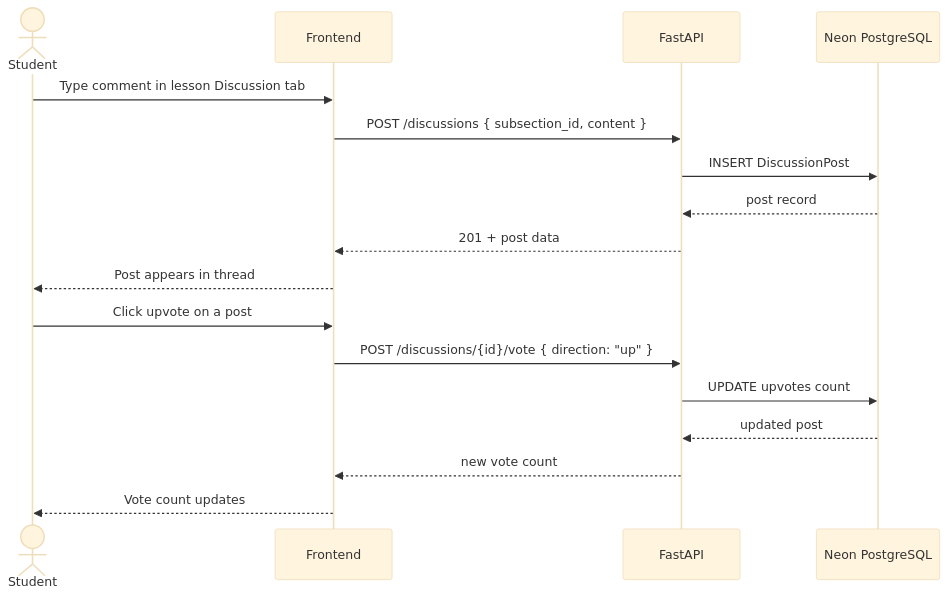
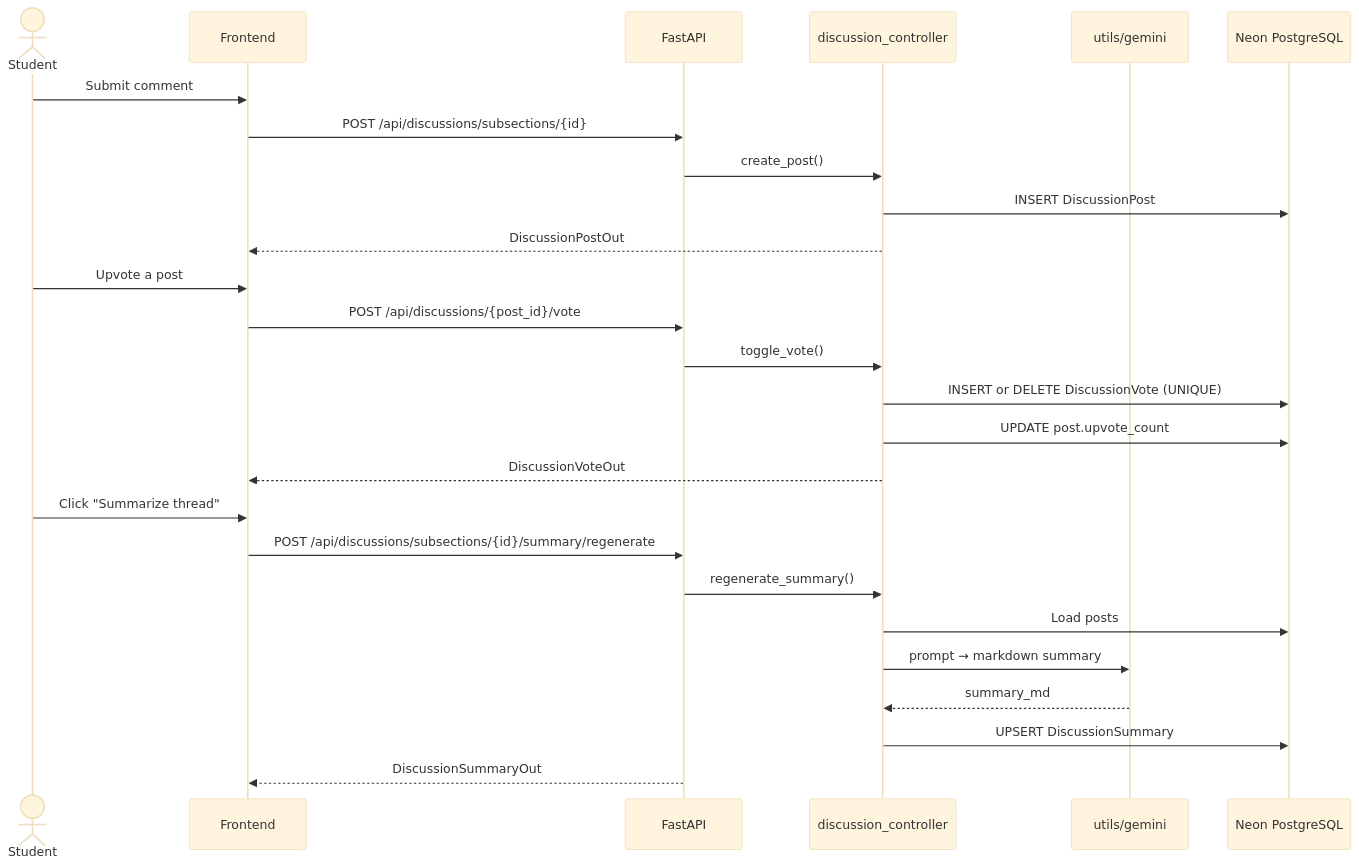
Before and after one commit to yazidha09/Hub4Learners: the fourth of 5 diagrams in docs/sprints/SPRINT_5.md, drawn with Mermaid (base theme). The commit also changed other lines of this file and 5 other files, not shown here.

````diff
--- a/docs/sprints/SPRINT_5.md
+++ b/docs/sprints/SPRINT_5.md
@@ -146,21 +221,31 @@
 ```mermaid
 sequenceDiagram
     actor Student
     participant Frontend
     participant FastAPI
-    participant Neon PostgreSQL
+    participant DiscCtrl as discussion_controller
+    participant Gemini as utils/gemini
+    participant DB as Neon PostgreSQL
 
-    Student->>Frontend: Type comment in lesson Discussion tab
-    Frontend->>FastAPI: POST /discussions { subsection_id, content }
-    FastAPI->>Neon PostgreSQL: INSERT DiscussionPost
-    Neon PostgreSQL-->>FastAPI: post record
-    FastAPI-->>Frontend: 201 + post data
-    Frontend-->>Student: Post appears in thread
+    Student->>Frontend: Submit comment
+    Frontend->>FastAPI: POST /api/discussions/subsections/{id}
+    FastAPI->>DiscCtrl: create_post()
+    DiscCtrl->>DB: INSERT DiscussionPost
+    DiscCtrl-->>Frontend: DiscussionPostOut
 
-    Student->>Frontend: Click upvote on a post
-    Frontend->>FastAPI: POST /discussions/{id}/vote { direction: "up" }
-    FastAPI->>Neon PostgreSQL: UPDATE upvotes count
-    Neon PostgreSQL-->>FastAPI: updated post
-    FastAPI-->>Frontend: new vote count
-    Frontend-->>Student: Vote count updates
+    Student->>Frontend: Upvote a post
+    Frontend->>FastAPI: POST /api/discussions/{post_id}/vote
+    FastAPI->>DiscCtrl: toggle_vote()
+    DiscCtrl->>DB: INSERT or DELETE DiscussionVote (UNIQUE)
+    DiscCtrl->>DB: UPDATE post.upvote_count
+    DiscCtrl-->>Frontend: DiscussionVoteOut
+
+    Student->>Frontend: Click "Summarize thread"
+    Frontend->>FastAPI: POST /api/discussions/subsections/{id}/summary/regenerate
+    FastAPI->>DiscCtrl: regenerate_summary()
+    DiscCtrl->>DB: Load posts
+    DiscCtrl->>Gemini: prompt → markdown summary
+    Gemini-->>DiscCtrl: summary_md
+    DiscCtrl->>DB: UPSERT DiscussionSummary
+    FastAPI-->>Frontend: DiscussionSummaryOut
 ```
````
